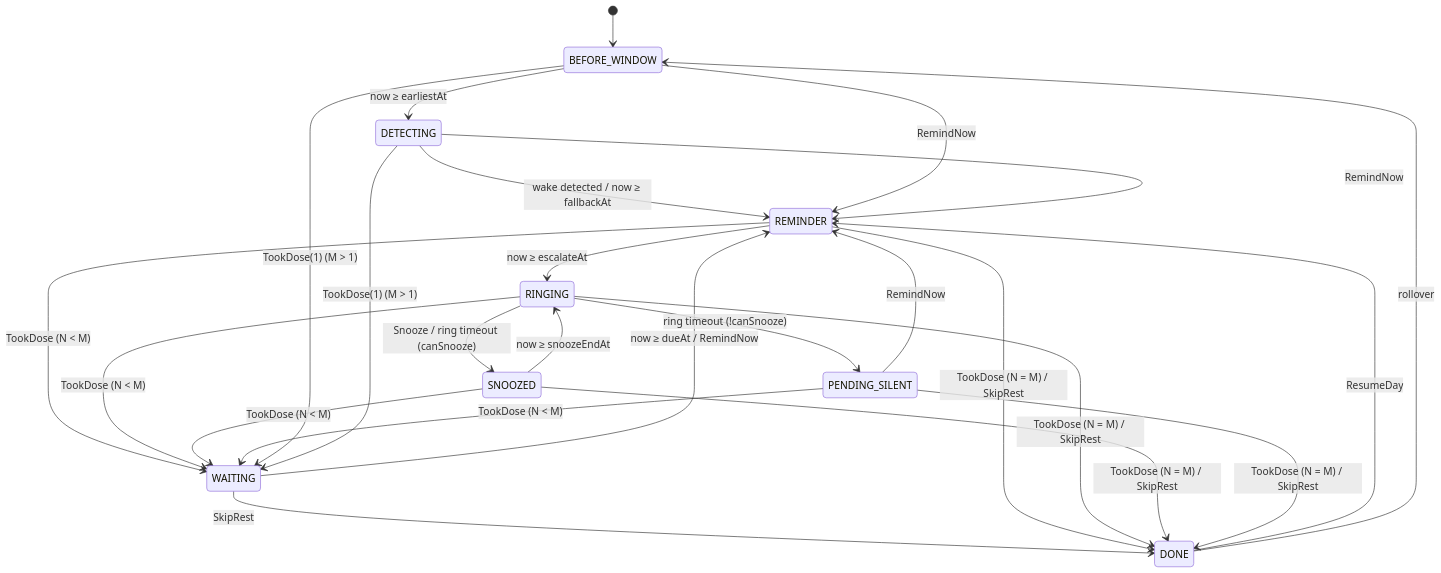
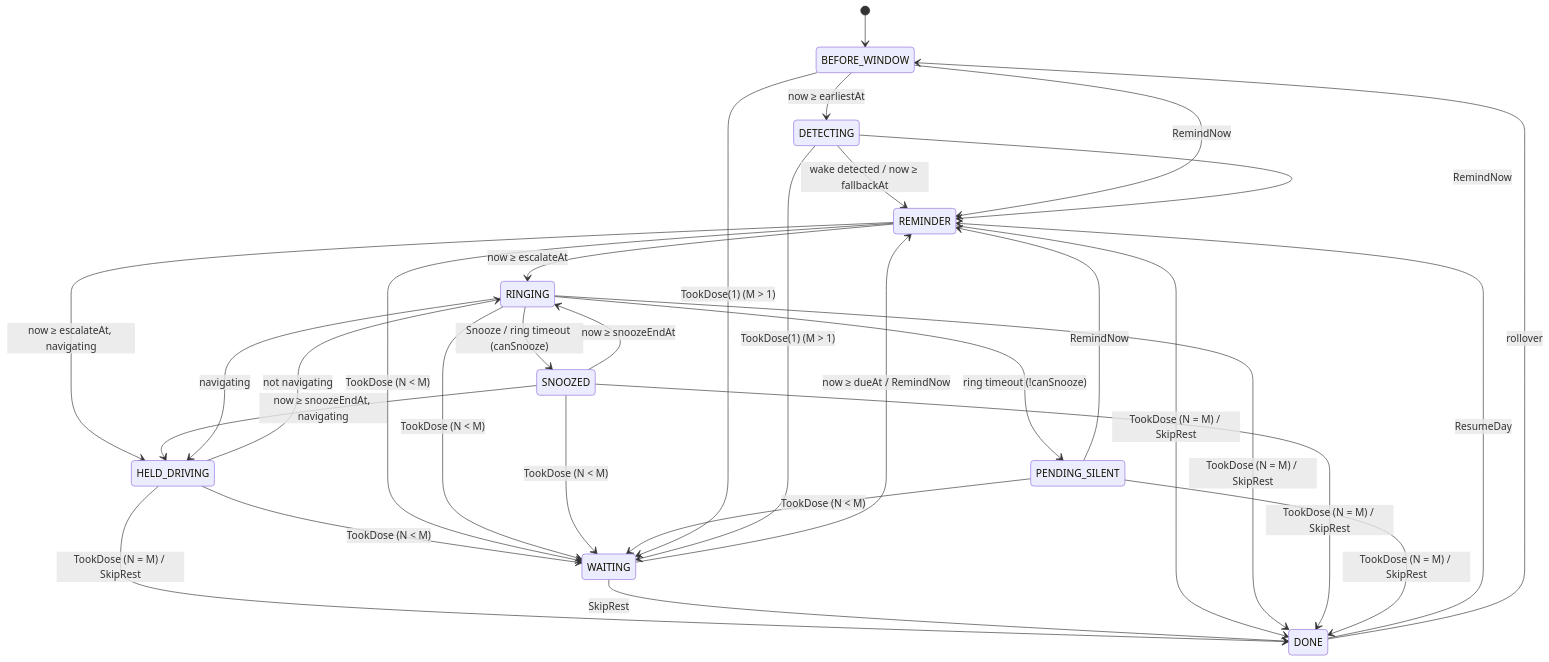
One commit to veerdonk/PillReminder changed the diagram in docs/02-state-machine.md. Above: the diagram before and after it, drawn with Mermaid. The commit also changed other lines of this file and 32 other files, not shown here.

````diff
--- a/docs/02-state-machine.md
+++ b/docs/02-state-machine.md
@@ -85,29 +86,35 @@
 ```mermaid
 stateDiagram-v2
     [*] --> BEFORE_WINDOW
     BEFORE_WINDOW --> DETECTING: now ≥ earliestAt
     DETECTING --> REMINDER: wake detected / now ≥ fallbackAt
     BEFORE_WINDOW --> REMINDER: RemindNow
     DETECTING --> REMINDER: RemindNow
     WAITING --> REMINDER: now ≥ dueAt / RemindNow
     REMINDER --> RINGING: now ≥ escalateAt
     RINGING --> SNOOZED: Snooze / ring timeout (canSnooze)
     RINGING --> PENDING_SILENT: ring timeout (!canSnooze)
     SNOOZED --> RINGING: now ≥ snoozeEndAt
+    REMINDER --> HELD_DRIVING: now ≥ escalateAt, navigating
+    SNOOZED --> HELD_DRIVING: now ≥ snoozeEndAt, navigating
+    RINGING --> HELD_DRIVING: navigating
+    HELD_DRIVING --> RINGING: not navigating
+    HELD_DRIVING --> WAITING: TookDose (N < M)
+    HELD_DRIVING --> DONE: TookDose (N = M) / SkipRest
     PENDING_SILENT --> REMINDER: RemindNow
 
     REMINDER --> WAITING: TookDose (N < M)
     RINGING --> WAITING: TookDose (N < M)
     SNOOZED --> WAITING: TookDose (N < M)
     PENDING_SILENT --> WAITING: TookDose (N < M)
     BEFORE_WINDOW --> WAITING: TookDose(1) (M > 1)
     DETECTING --> WAITING: TookDose(1) (M > 1)
 
     WAITING --> DONE: SkipRest
     REMINDER --> DONE: TookDose (N = M) / SkipRest
     RINGING --> DONE: TookDose (N = M) / SkipRest
     SNOOZED --> DONE: TookDose (N = M) / SkipRest
     PENDING_SILENT --> DONE: TookDose (N = M) / SkipRest
     DONE --> REMINDER: ResumeDay
     DONE --> BEFORE_WINDOW: rollover
 ```
````
